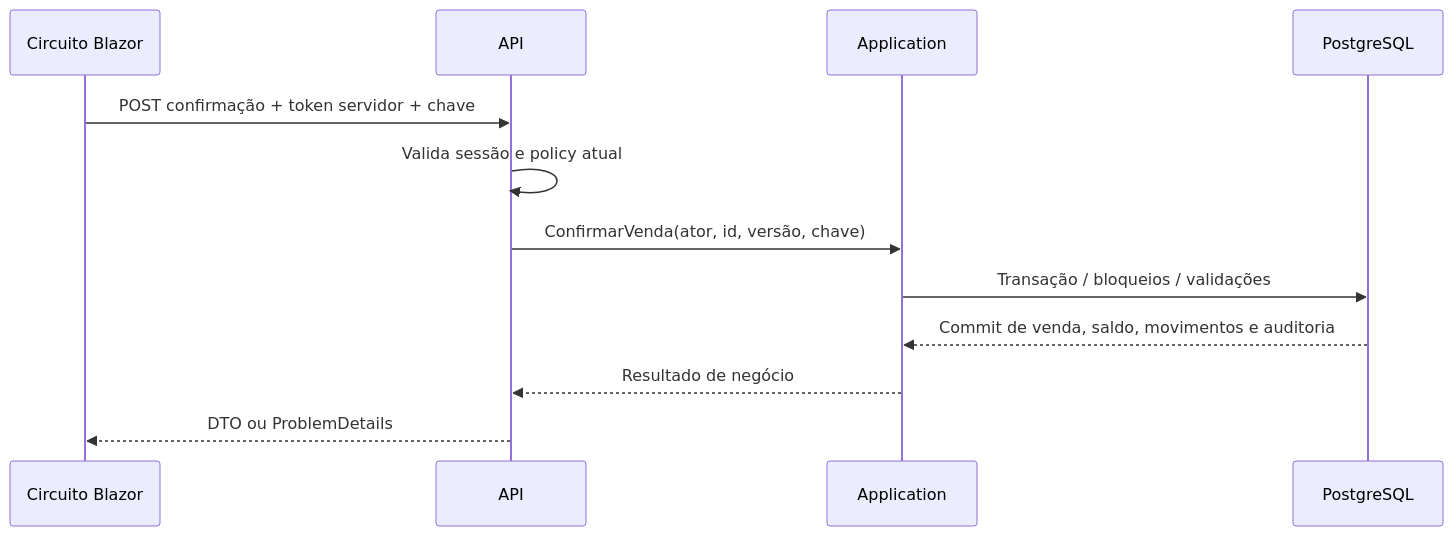
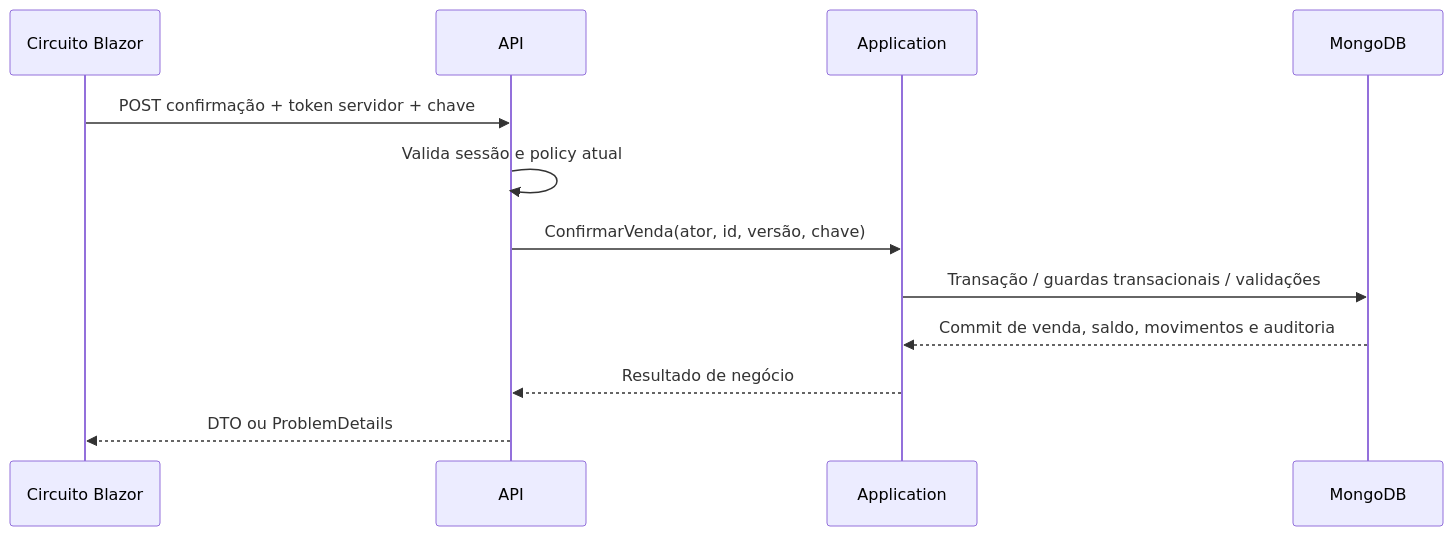
One commit to argemon/MVPMilton changed the second of 2 diagrams in docs/architecture/02-ARQUITETURA.md. Above: the diagram before and after it, drawn with Mermaid. The commit also changed other lines of this file and 123 other files, not shown here.

````diff
--- a/docs/architecture/02-ARQUITETURA.md
+++ b/docs/architecture/02-ARQUITETURA.md
@@ -29,14 +29,14 @@
 ```mermaid
 sequenceDiagram
     participant UI as Circuito Blazor
     participant API as API
     participant APP as Application
-    participant DB as PostgreSQL
+    participant DB as MongoDB
     UI->>API: POST confirmação + token servidor + chave
     API->>API: Valida sessão e policy atual
     API->>APP: ConfirmarVenda(ator, id, versão, chave)
-    APP->>DB: Transação / bloqueios / validações
+    APP->>DB: Transação / guardas transacionais / validações
     DB-->>APP: Commit de venda, saldo, movimentos e auditoria
     APP-->>API: Resultado de negócio
     API-->>UI: DTO ou ProblemDetails
 ```
````
